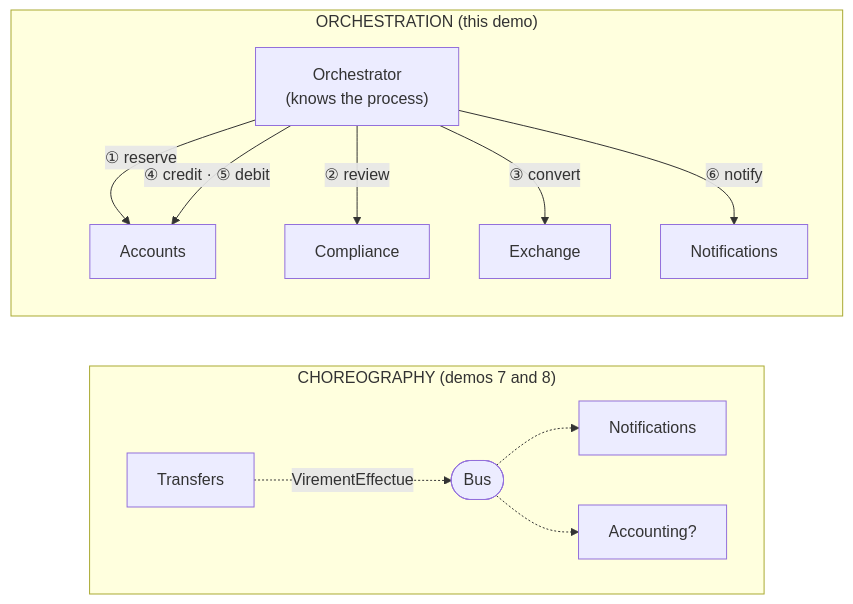
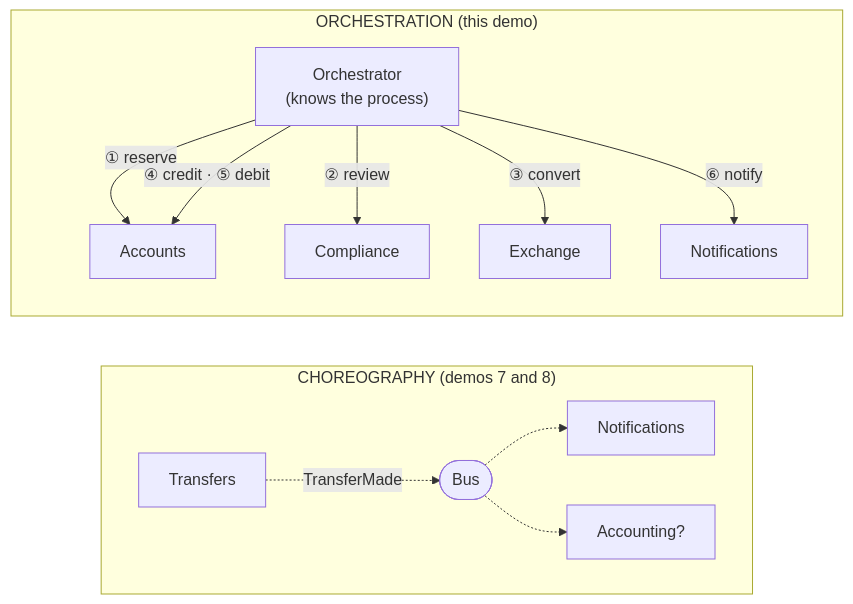
One commit to drangoht/ArchitecturesDemo changed the first of 4 diagrams in Docs/en/14-saga-orchestree.md. Above: the diagram before and after it, drawn with Mermaid. The commit also changed other lines of this file and 78 other files, not shown here.

First line of the commit message:
Docs EN : identifiants, liens, diagrammes et sorties alignés sur le code anglais

````diff
--- a/Docs/en/14-saga-orchestree.md
+++ b/Docs/en/14-saga-orchestree.md
@@ -19,18 +19,18 @@
 ```mermaid
 flowchart LR
     subgraph Choregraphie["CHOREOGRAPHY (demos 7 and 8)"]
         direction LR
-        A1["Transfers"] -. "VirementEffectue" .-> B1(["Bus"])
+        A1["Transfers"] -. "TransferMade" .-> B1(["Bus"])
         B1 -.-> C1["Notifications"]
         B1 -.-> D1["Accounting?"]
     end
     subgraph Orchestration["ORCHESTRATION (this demo)"]
         direction TB
         O["Orchestrator<br/>(knows the process)"]
         O -->|"① reserve"| C2["Accounts"]
         O -->|"② review"| K2["Compliance"]
         O -->|"③ convert"| X2["Exchange"]
         O -->|"④ credit · ⑤ debit"| C2
         O -->|"⑥ notify"| N2["Notifications"]
     end
 ```
````
